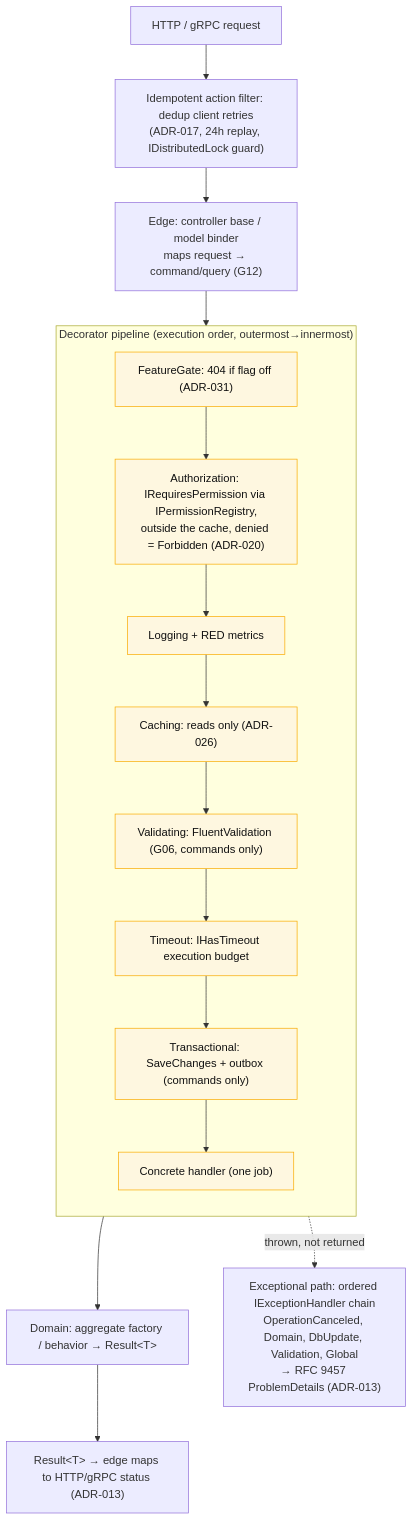
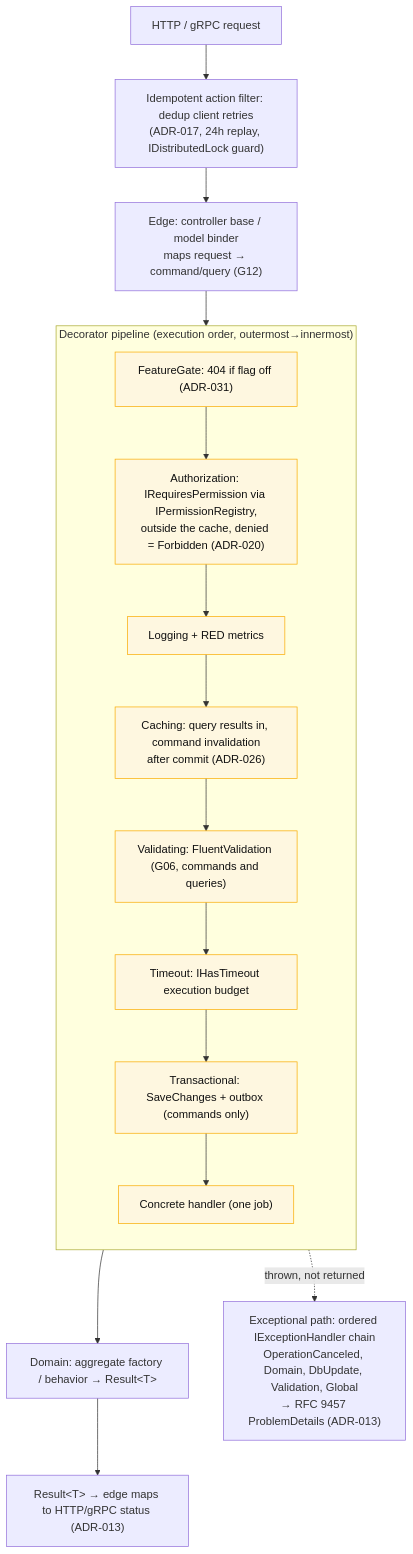
Before and after one commit to ivanball/ivanball.github.io: the fifth of 15 diagrams in docs-src/onboarding/CONCEPT-MAPS.md, drawn with Mermaid. The commit also changed other lines of this file and 79 other files, not shown here.

````diff
--- a/docs-src/onboarding/CONCEPT-MAPS.md
+++ b/docs-src/onboarding/CONCEPT-MAPS.md
@@ -296,29 +311,29 @@
 ```mermaid
 flowchart TD
     HTTP["HTTP / gRPC request"]
     EDGE["Edge: controller base / model binder<br/>maps request → command/query (G12)"]
     IDEMP["Idempotent action filter: dedup client retries<br/>(ADR-017, 24h replay, IDistributedLock guard)"]
 
     subgraph PIPELINE["Decorator pipeline (execution order, outermost→innermost)"]
         direction TB
         FG["FeatureGate: 404 if flag off (ADR-031)"]
         AZ["Authorization: IRequiresPermission via IPermissionRegistry,<br/>outside the cache, denied = Forbidden (ADR-020)"]
         LOG["Logging + RED metrics"]
-        CA["Caching: reads only (ADR-026)"]
-        VA["Validating: FluentValidation (G06, commands only)"]
+        CA["Caching: query results in, command invalidation<br/>after commit (ADR-026)"]
+        VA["Validating: FluentValidation (G06, commands and queries)"]
         TO["Timeout: IHasTimeout execution budget"]
         TX["Transactional: SaveChanges + outbox (commands only)"]
         H["Concrete handler (one job)"]
     end
 
     DOMAIN["Domain: aggregate factory / behavior → Result&lt;T&gt;"]
     RESP["Result&lt;T&gt; → edge maps to HTTP/gRPC status (ADR-013)"]
     EXC["Exceptional path: ordered IExceptionHandler chain<br/>OperationCanceled, Domain, DbUpdate, Validation, Global<br/>→ RFC 9457 ProblemDetails (ADR-013)"]
 
     HTTP --> IDEMP --> EDGE --> FG --> AZ --> LOG --> CA --> VA --> TO --> TX --> H --> DOMAIN
     DOMAIN --> RESP
     H -.->|"thrown, not returned"| EXC
 
     classDef dec fill:#fef7e0,stroke:#f9ab00,color:#111
     class FG,AZ,LOG,CA,VA,TO,TX,H dec
 ```
````
